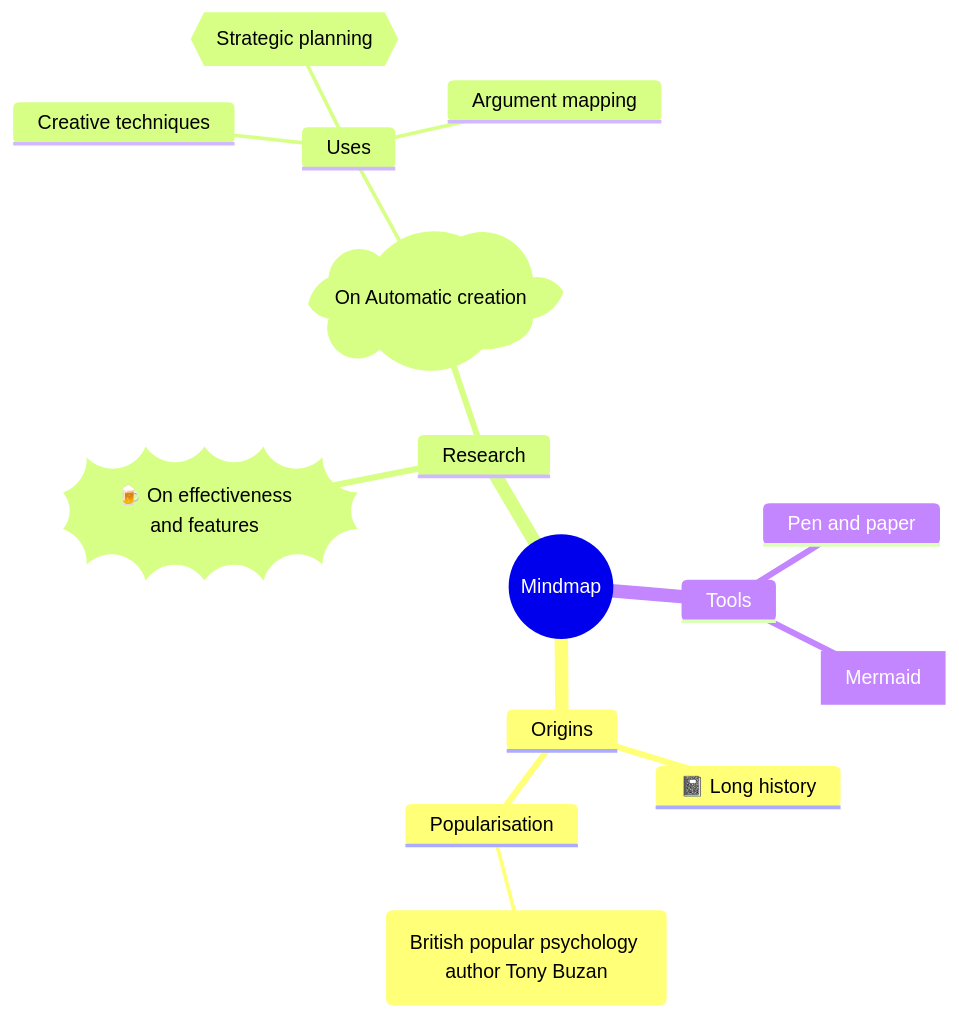
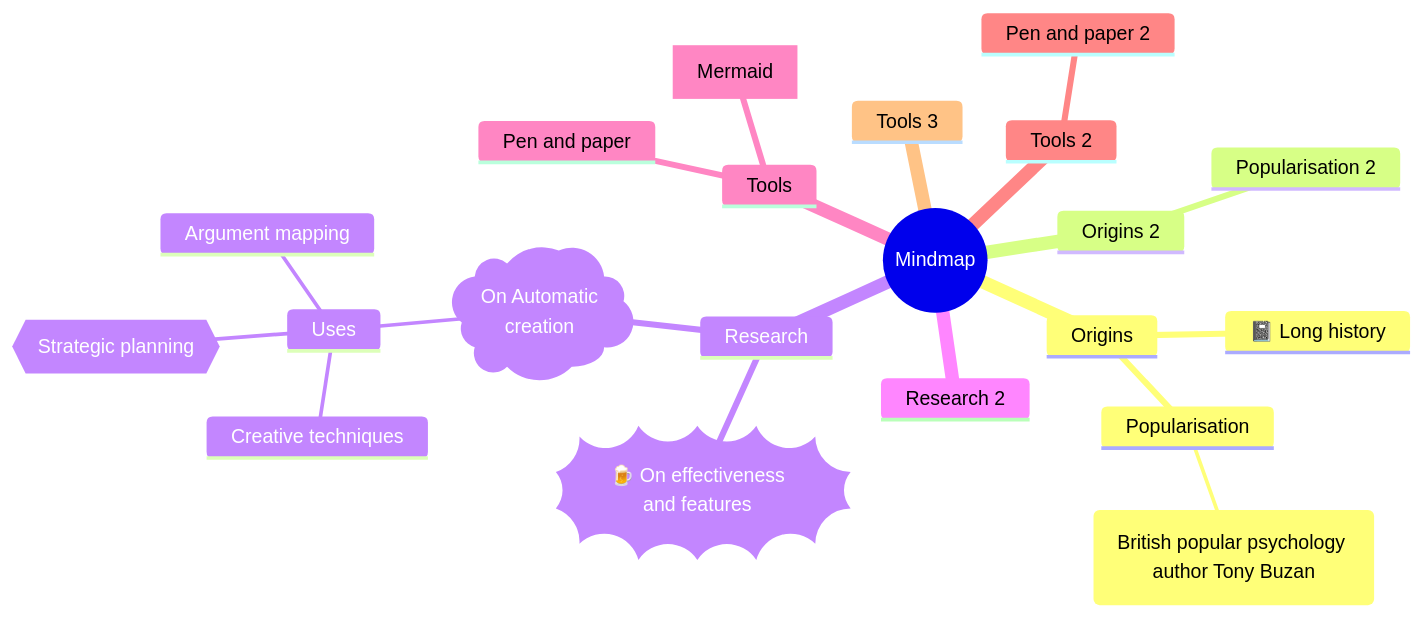
One commit to MadMaxChow/VLOOK changed diagram 20 of 27 in released/demo/chart.md. Above: the diagram before and after it, drawn with Mermaid. The commit also changed other lines of this file and 163 other files, not shown here.

````diff
--- a/released/demo/chart.md
+++ b/released/demo/chart.md
@@ -967,18 +1212,24 @@
 ```mermaid
 mindmap
   root((Mindmap))
     Origins
       📓 Long history
       Popularisation
         (British popular psychology author Tony Buzan)
+    Origins 2
+      Popularisation 2
     Research
       ))🍺 On effectiveness<br/>and features((
-      )On Automatic creation(
+      )On Automatic<br>creation(
         Uses
             Creative techniques
             {{Strategic planning}}
             Argument mapping
+    Research 2
     Tools
       Pen and paper
       [Mermaid]
+    Tools 2
+      Pen and paper 2
+    Tools 3
 ```
````
